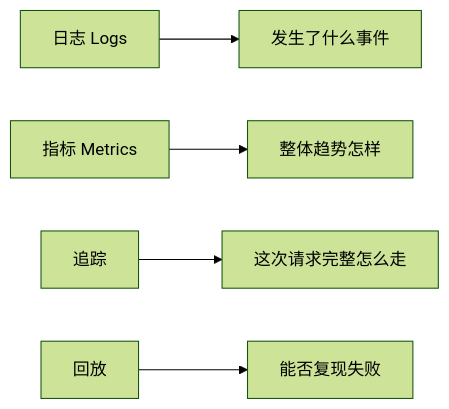
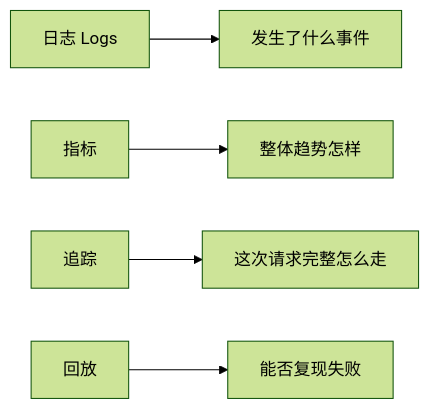
Before and after one commit to oudbiao/AI-fullstack-course: the first of 2 diagrams in i18n/zh-Hans/docusaurus-plugin-content-docs/current/ch09-agent/ch08-eval-safety/05-observability.md, drawn with Mermaid (forest theme). The commit also changed 27 other files, not shown here.

````diff
--- a/i18n/zh-Hans/docusaurus-plugin-content-docs/current/ch09-agent/ch08-eval-safety/05-observability.md
+++ b/i18n/zh-Hans/docusaurus-plugin-content-docs/current/ch09-agent/ch08-eval-safety/05-observability.md
@@ -25,7 +25,7 @@
 ```mermaid
 flowchart LR
   A[日志 Logs] --> B[发生了什么事件]
-  C[指标 Metrics] --> D[整体趋势怎样]
+  C[指标] --> D[整体趋势怎样]
   E[追踪] --> F[这次请求完整怎么走]
   G[回放] --> H[能否复现失败]
 ```
````
